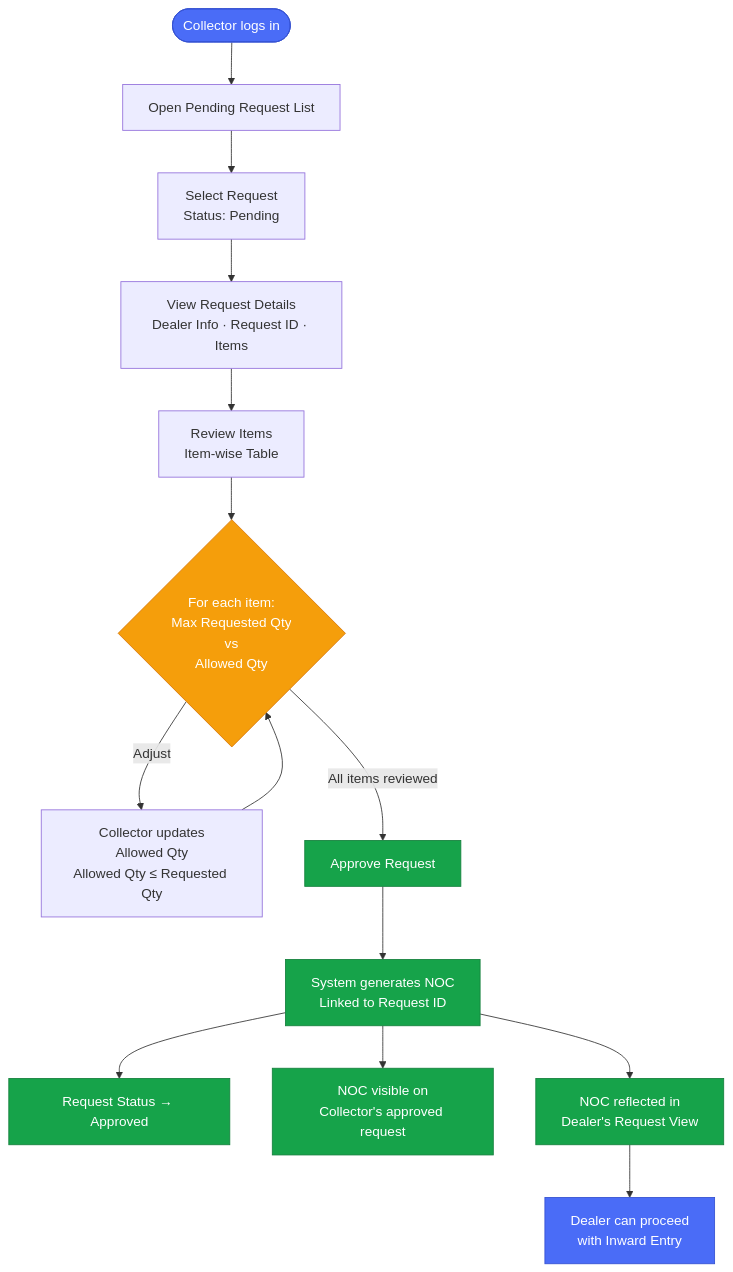
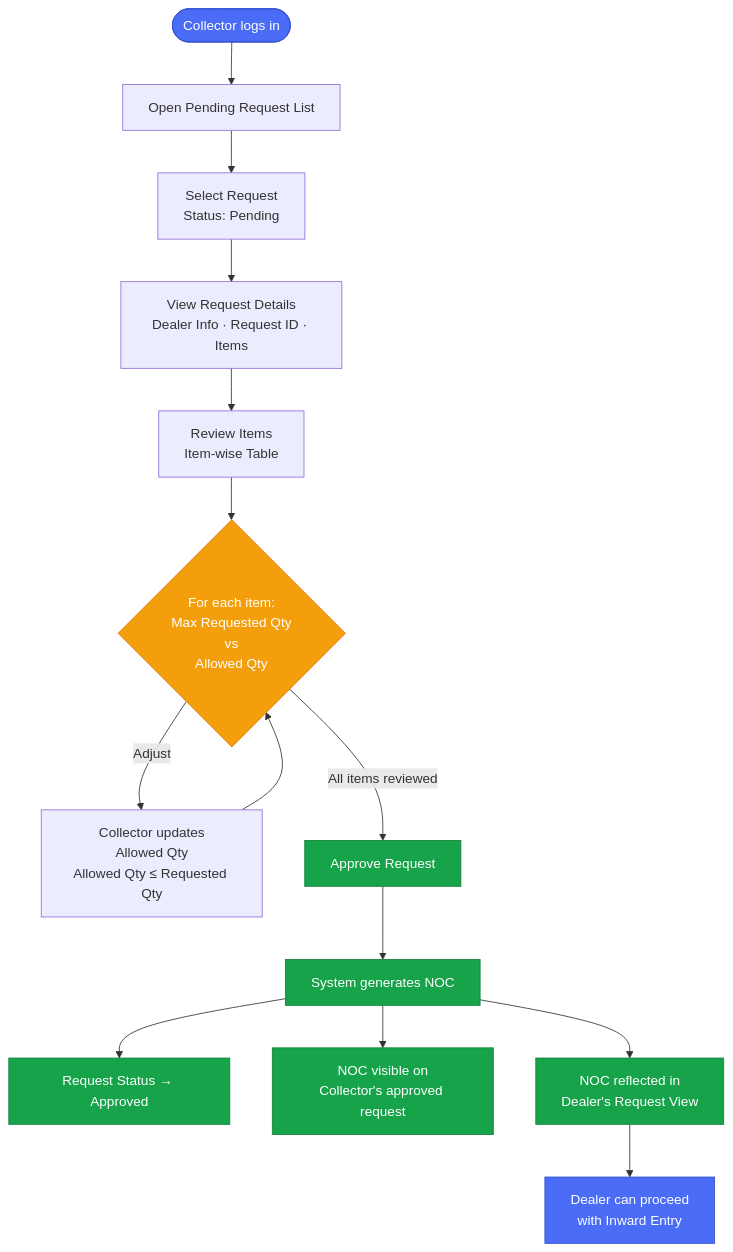
Before and after one commit to Sourabhraaj/ALIMS-FLow: the first of 2 diagrams in Request_approve_collector.md, drawn with Mermaid.

Commit message:
removed request id line

````diff
--- a/Request_approve_collector.md
+++ b/Request_approve_collector.md
@@ -18,32 +18,32 @@
 ```mermaid
 flowchart TD
     A([Collector logs in]) --> B[Open Pending Request List]
     B --> C[Select Request\nStatus: Pending]
     C --> D[View Request Details\nDealer Info · Request ID · Items]
 
     D --> E[Review Items\nItem-wise Table]
 
     E --> F{"For each item:\nMax Requested Qty\nvs\nAllowed Qty"}
 
     F -->|Adjust| G[Collector updates\nAllowed Qty\nAllowed Qty ≤ Requested Qty]
     G --> F
 
     F -->|All items reviewed| H[Approve Request]
 
-    H --> I[System generates NOC\nLinked to Request ID]
+    H --> I[System generates NOC]
 
     I --> J[Request Status → Approved]
     I --> K[NOC visible on\nCollector's approved request]
     I --> L[NOC reflected in\nDealer's Request View]
 
     L --> M[Dealer can proceed\nwith Inward Entry]
 
     style A fill:#4A6CF7,color:#fff,stroke:#3451D1
     style F fill:#F59E0B,color:#fff,stroke:#D97706
     style H fill:#16A34A,color:#fff,stroke:#15803D
     style I fill:#16A34A,color:#fff,stroke:#15803D
     style J fill:#16A34A,color:#fff,stroke:#15803D
     style K fill:#16A34A,color:#fff,stroke:#15803D
     style L fill:#16A34A,color:#fff,stroke:#15803D
     style M fill:#4A6CF7,color:#fff,stroke:#3451D1
 ```
````
